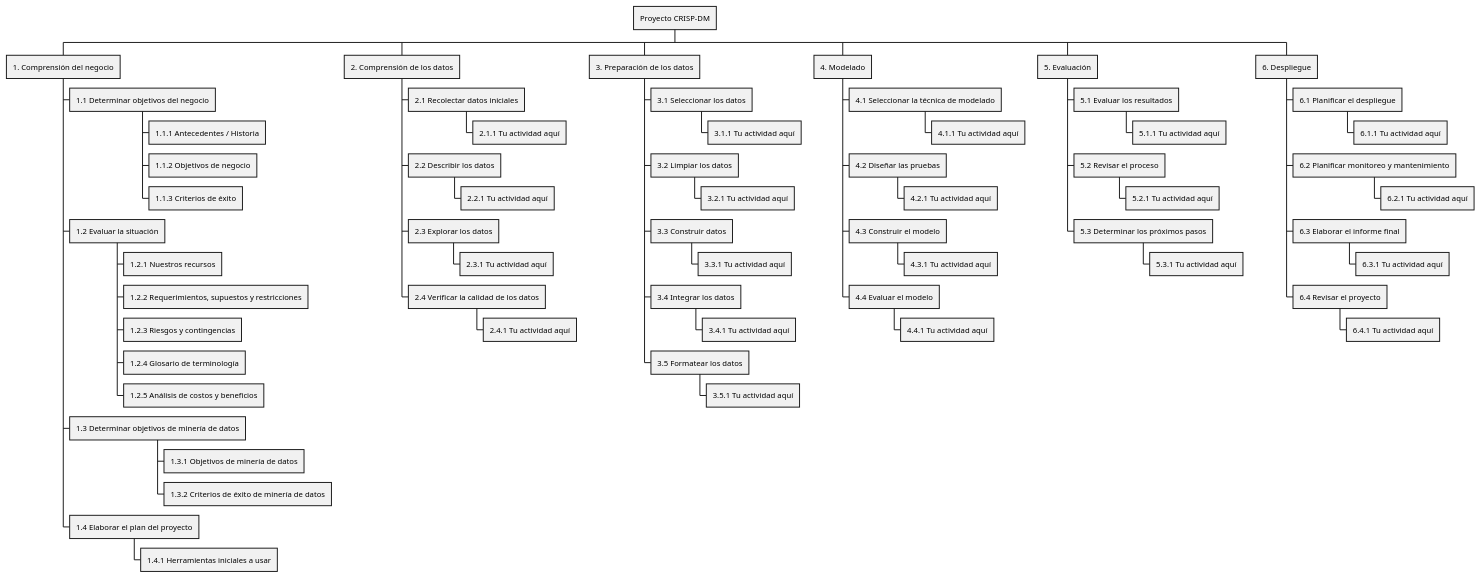
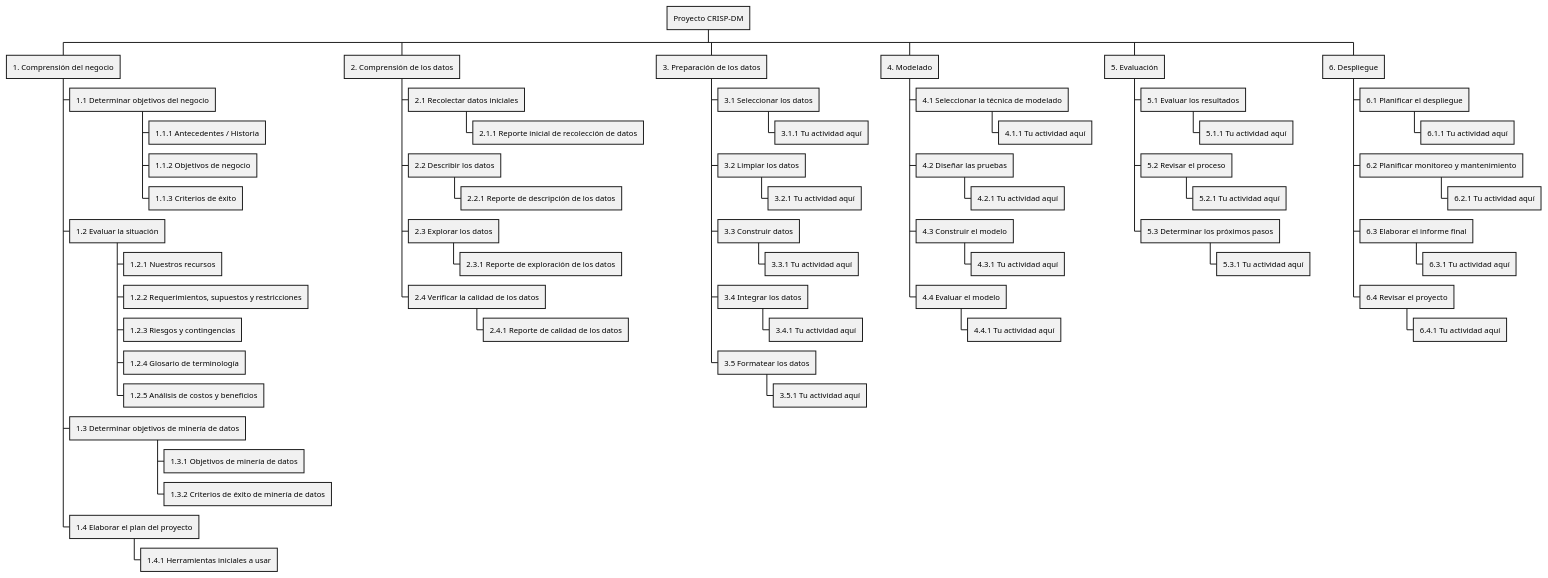
Before and after one commit to AIPorDefinir/ai-model-pordefinir: the diagram in crisp-dm-wbs.puml, drawn with PlantUML.

Commit message:
Se agregan actividades entregables para la fase Data Understanding

```diff
--- a/crisp-dm-wbs.puml
+++ b/crisp-dm-wbs.puml
@@ -1,70 +1,70 @@
 @startwbs
 * Proyecto CRISP-DM
 
 ** 1. Comprensión del negocio
 *** 1.1 Determinar objetivos del negocio
 **** 1.1.1 Antecedentes / Historia
 **** 1.1.2 Objetivos de negocio
 **** 1.1.3 Criterios de éxito
 *** 1.2 Evaluar la situación
 **** 1.2.1 Nuestros recursos
 **** 1.2.2 Requerimientos, supuestos y restricciones
 **** 1.2.3 Riesgos y contingencias
 **** 1.2.4 Glosario de terminología
 **** 1.2.5 Análisis de costos y beneficios
 *** 1.3 Determinar objetivos de minería de datos
 **** 1.3.1 Objetivos de minería de datos
 **** 1.3.2 Criterios de éxito de minería de datos
 *** 1.4 Elaborar el plan del proyecto
 **** 1.4.1 Herramientas iniciales a usar
 
 ** 2. Comprensión de los datos
 *** 2.1 Recolectar datos iniciales
-**** 2.1.1 Tu actividad aquí
+**** 2.1.1 Reporte inicial de recolección de datos
 *** 2.2 Describir los datos
-**** 2.2.1 Tu actividad aquí
+**** 2.2.1 Reporte de descripción de los datos
 *** 2.3 Explorar los datos
-**** 2.3.1 Tu actividad aquí
+**** 2.3.1 Reporte de exploración de los datos
 *** 2.4 Verificar la calidad de los datos
-**** 2.4.1 Tu actividad aquí
+**** 2.4.1 Reporte de calidad de los datos
 
 ** 3. Preparación de los datos
 *** 3.1 Seleccionar los datos
 **** 3.1.1 Tu actividad aquí
 *** 3.2 Limpiar los datos
 **** 3.2.1 Tu actividad aquí
 *** 3.3 Construir datos
 **** 3.3.1 Tu actividad aquí
 *** 3.4 Integrar los datos
 **** 3.4.1 Tu actividad aquí
 *** 3.5 Formatear los datos
 **** 3.5.1 Tu actividad aquí
 
 ** 4. Modelado
 *** 4.1 Seleccionar la técnica de modelado
 **** 4.1.1 Tu actividad aquí
 *** 4.2 Diseñar las pruebas
 **** 4.2.1 Tu actividad aquí
 *** 4.3 Construir el modelo
 **** 4.3.1 Tu actividad aquí
 *** 4.4 Evaluar el modelo
 **** 4.4.1 Tu actividad aquí
 
 ** 5. Evaluación
 *** 5.1 Evaluar los resultados
 **** 5.1.1 Tu actividad aquí
 *** 5.2 Revisar el proceso
 **** 5.2.1 Tu actividad aquí
 *** 5.3 Determinar los próximos pasos
 **** 5.3.1 Tu actividad aquí
 
 ** 6. Despliegue
 *** 6.1 Planificar el despliegue
 **** 6.1.1 Tu actividad aquí
 *** 6.2 Planificar monitoreo y mantenimiento
 **** 6.2.1 Tu actividad aquí
 *** 6.3 Elaborar el informe final
 **** 6.3.1 Tu actividad aquí
 *** 6.4 Revisar el proyecto
 **** 6.4.1 Tu actividad aquí
 @endwbs
```
